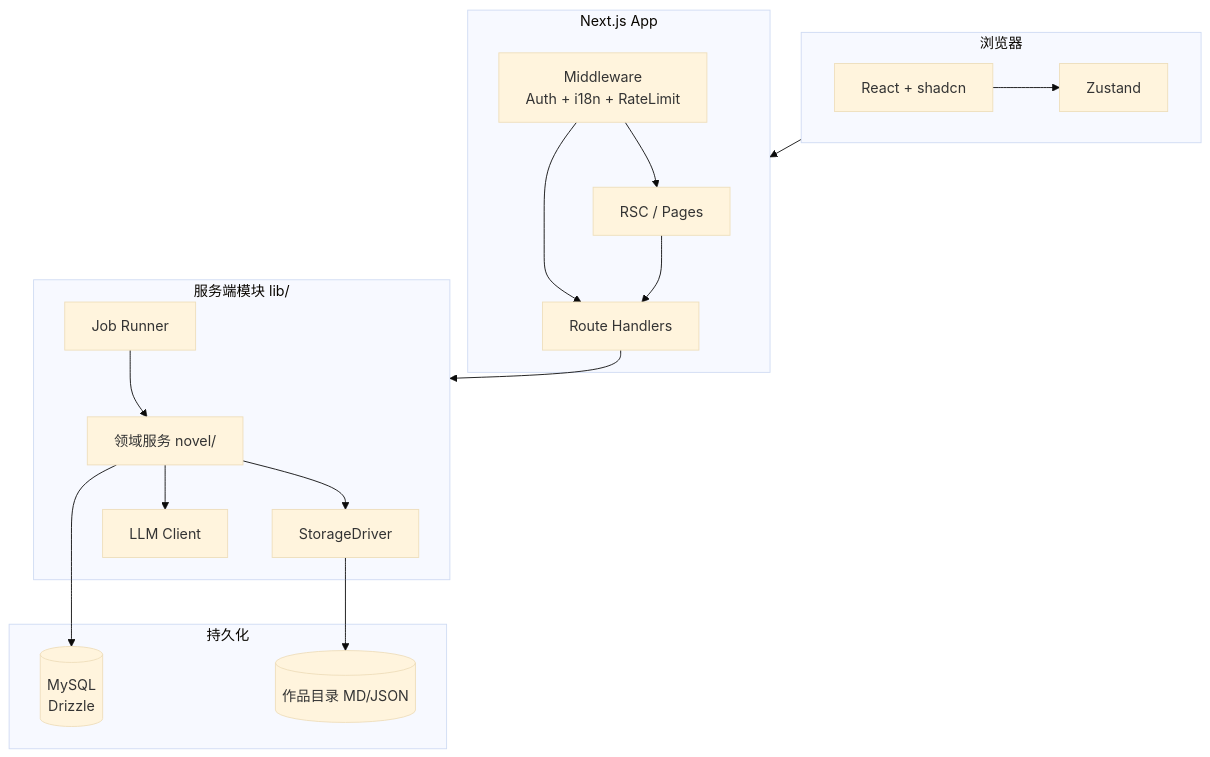
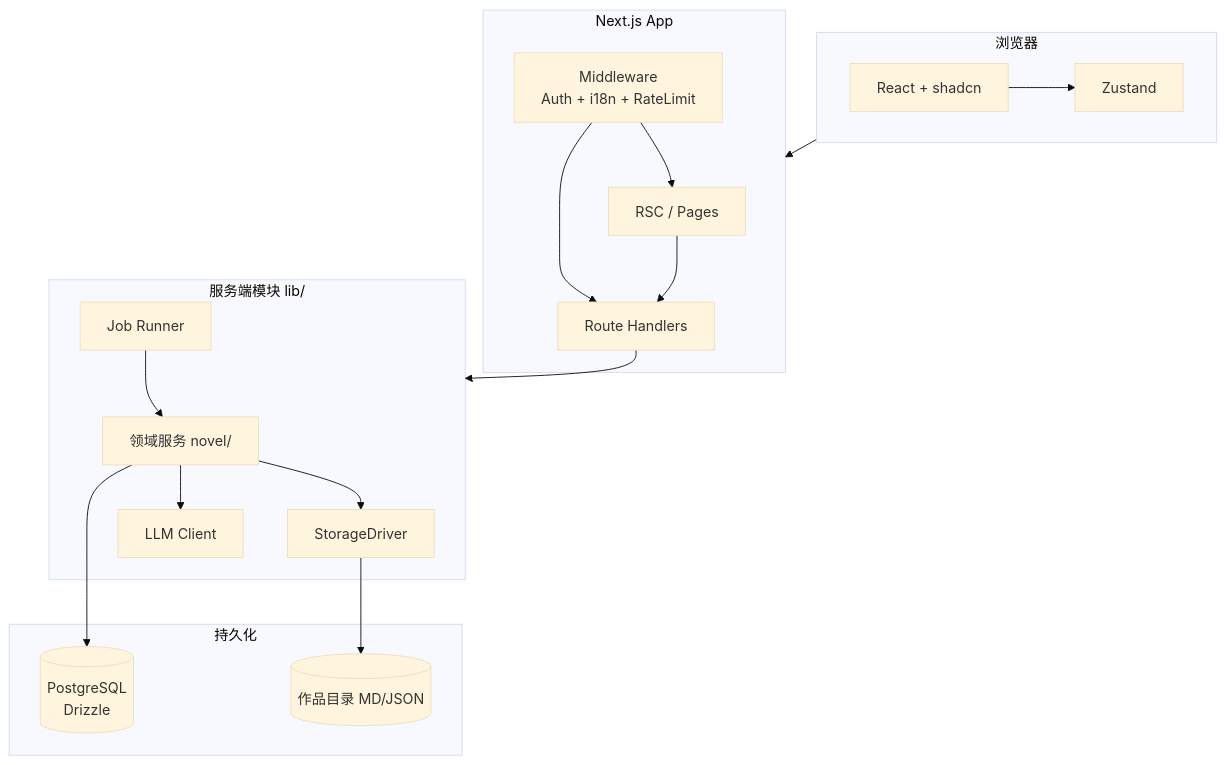
The first of 9 diagrams in docs/spec/design.md (blue-idea/muoyu), drawn with Mermaid (base theme) before and after one commit. The commit also changed other lines of this file and 12 other files, not shown here.

````diff
--- a/docs/spec/design.md
+++ b/docs/spec/design.md
@@ -69,37 +69,37 @@
 ```mermaid
 flowchart TB
     subgraph client [浏览器]
         UI[React + shadcn]
         ZS[Zustand]
         UI --> ZS
     end
 
     subgraph next [Next.js App]
         RSC[RSC / Pages]
         API[Route Handlers]
         MW[Middleware\nAuth + i18n + RateLimit]
         RSC --> API
         MW --> RSC
         MW --> API
     end
 
     subgraph services [服务端模块 lib/]
         DOM[领域服务 novel/]
         WS[StorageDriver]
         AI[LLM Client]
         JOB[Job Runner]
         DOM --> WS
         DOM --> AI
         JOB --> DOM
     end
 
     subgraph data [持久化]
-        MySQL[(MySQL\nDrizzle)]
+        PostgreSQL[(PostgreSQL\nDrizzle)]
         FS[(作品目录 MD/JSON)]
     end
 
     client --> next
     API --> services
-    DOM --> MySQL
+    DOM --> PostgreSQL
     WS --> FS
 ```
````
